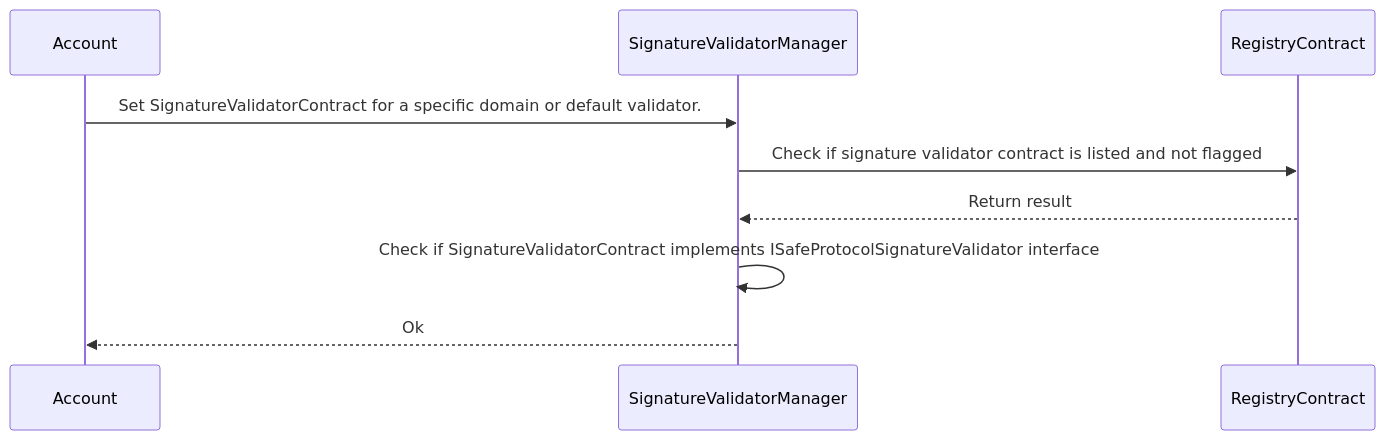
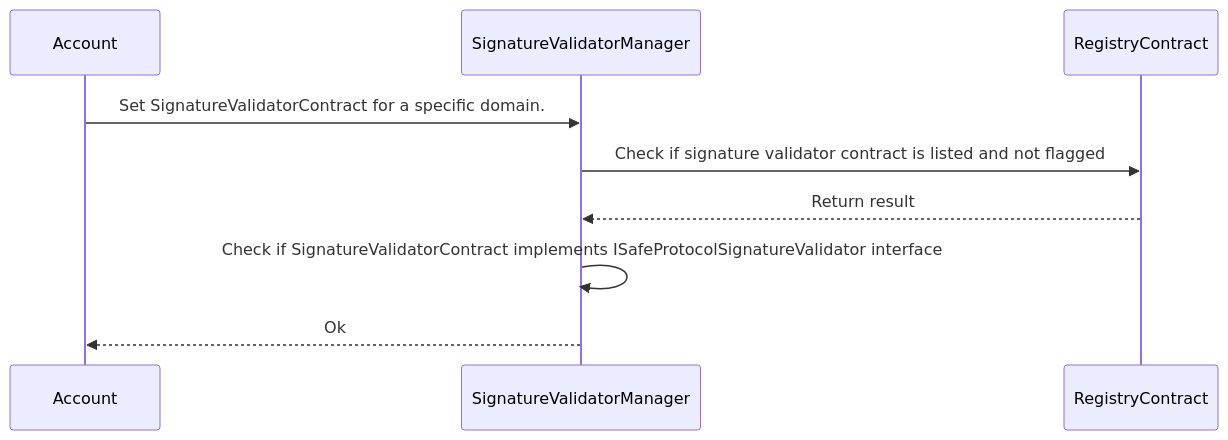
Before and after one commit to 5afe/safe-core-protocol-specs: the first of 3 diagrams in modules/README.md, drawn with Mermaid. The commit also changed other lines of this file, not shown here.

Commit message:
[#43] Use messageHash, remove use typeHash and encodeData, add module type for validator hooks

````diff
--- a/modules/README.md
+++ b/modules/README.md
@@ -125,12 +128,12 @@
 ```mermaid
 sequenceDiagram
 	participant Account
 	participant SignatureValidatorManager
 	participant RegistryContract
 
-	Account->>SignatureValidatorManager: Set SignatureValidatorContract for a specific domain or default validator.
+	Account->>SignatureValidatorManager: Set SignatureValidatorContract for a specific domain.
 		SignatureValidatorManager->>RegistryContract: Check if signature validator contract is listed and not flagged
 		RegistryContract-->>SignatureValidatorManager: Return result
     SignatureValidatorManager->>SignatureValidatorManager: Check if SignatureValidatorContract implements ISafeProtocolSignatureValidator interface
     SignatureValidatorManager-->>Account: Ok
 ```
````
